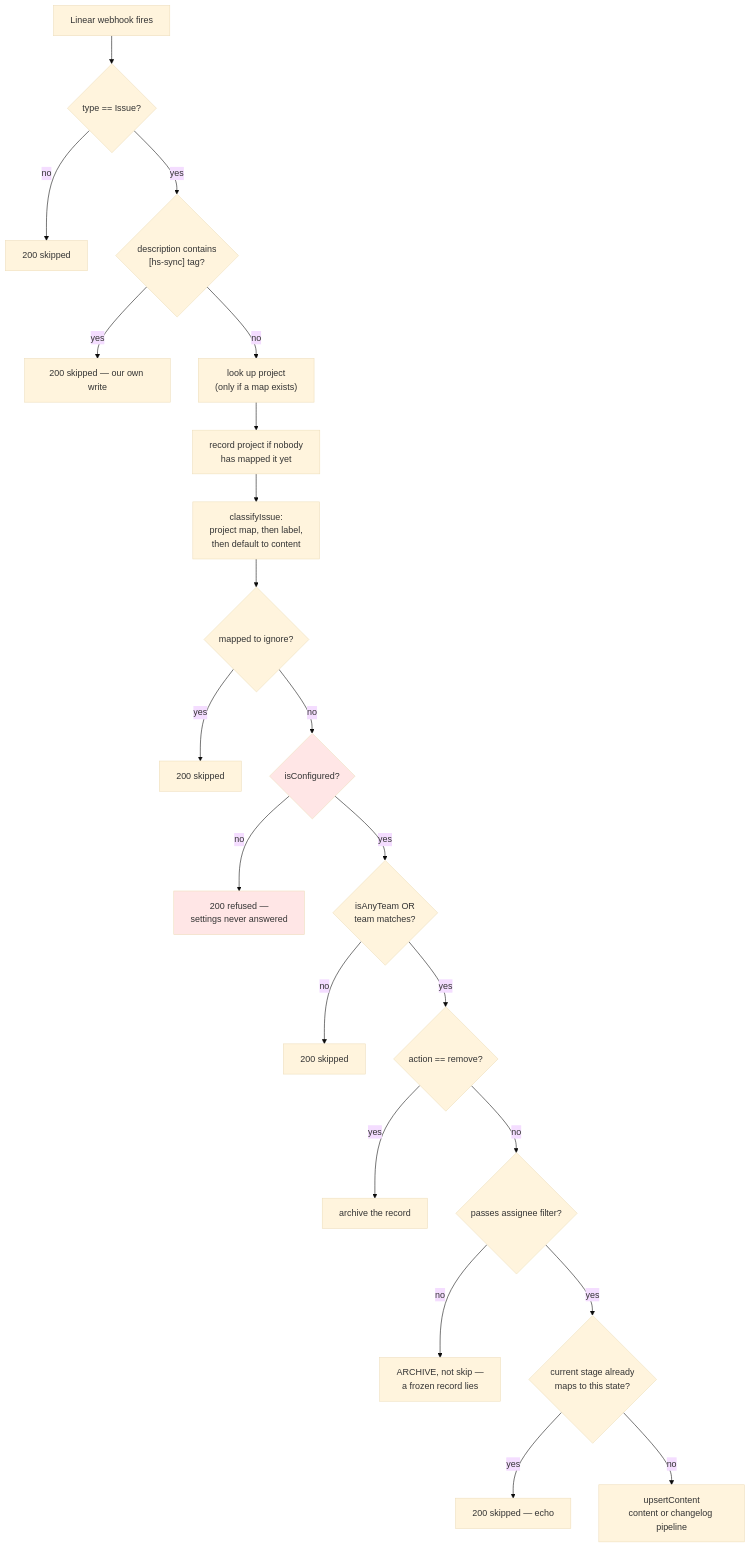
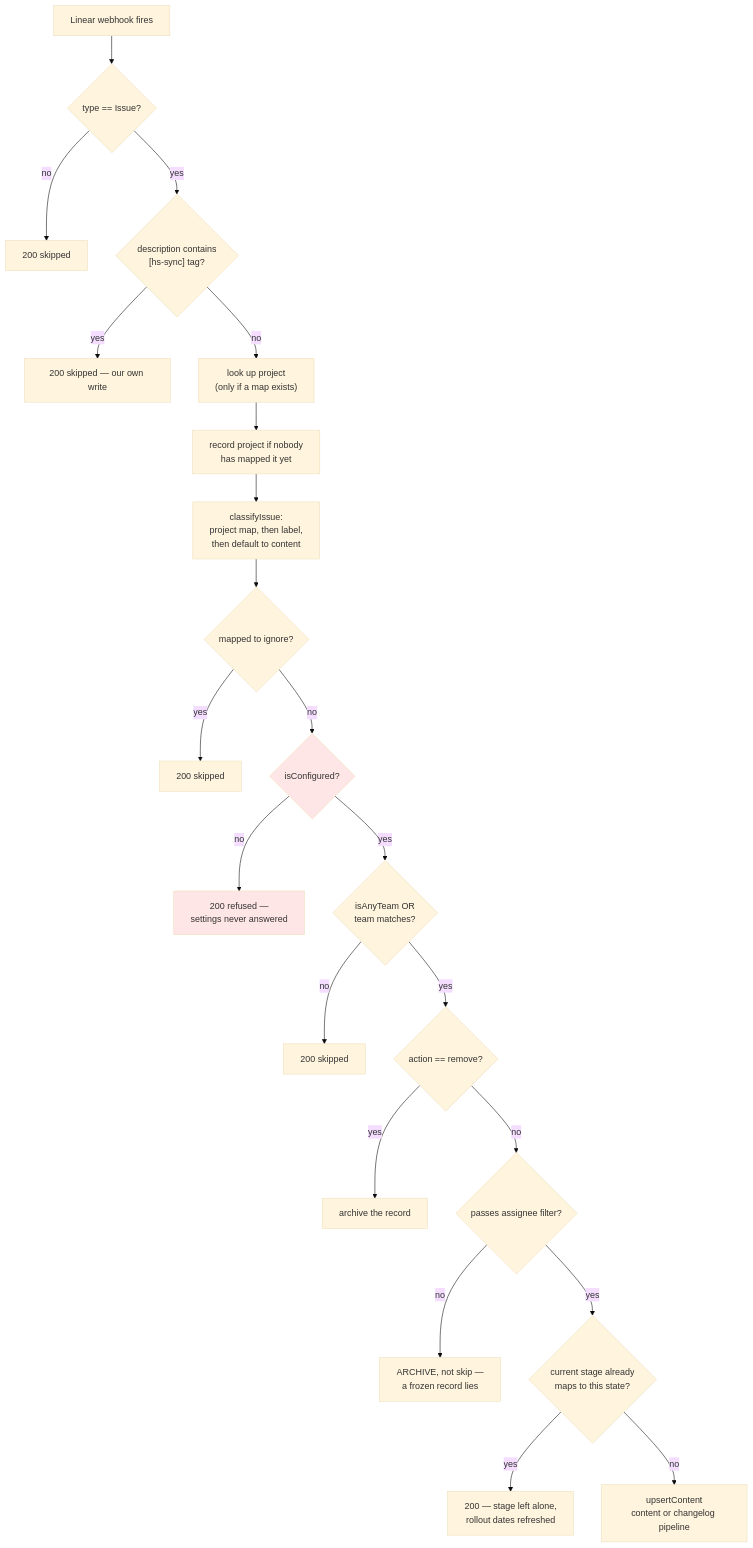
The second of 5 diagrams in docs/ARCHITECTURE.md (dennisedson/hubspot-central-brain), drawn with Mermaid (base theme) before and after one commit. The commit also changed other lines of this file and 8 other files, not shown here.

````diff
--- a/docs/ARCHITECTURE.md
+++ b/docs/ARCHITECTURE.md
@@ -57,26 +59,26 @@
 ```mermaid
 flowchart TD
     hook["Linear webhook fires"] --> type{"type == Issue?"}
     type -->|no| skip1["200 skipped"]
     type -->|yes| echo{"description contains<br/>[hs-sync] tag?"}
     echo -->|yes| skip2["200 skipped — our own write"]
     echo -->|no| proj["look up project<br/>(only if a map exists)"]
     proj --> record["record project if nobody<br/>has mapped it yet"]
     record --> classify["classifyIssue:<br/>project map, then label,<br/>then default to content"]
     classify --> ign{"mapped to ignore?"}
     ign -->|yes| skip3["200 skipped"]
     ign -->|no| conf{"isConfigured?"}
     conf -->|no| skip4["200 refused —<br/>settings never answered"]
     conf -->|yes| team{"isAnyTeam OR<br/>team matches?"}
     team -->|no| skip5["200 skipped"]
     team -->|yes| act{"action == remove?"}
     act -->|yes| arch["archive the record"]
     act -->|no| assignee{"passes assignee filter?"}
     assignee -->|no| arch2["ARCHIVE, not skip —<br/>a frozen record lies"]
     assignee -->|yes| stage{"current stage already<br/>maps to this state?"}
-    stage -->|yes| skip6["200 skipped — echo"]
+    stage -->|yes| skip6["200 — stage left alone,<br/>rollout dates refreshed"]
     stage -->|no| up["upsertContent<br/>content or changelog pipeline"]
 
     style conf fill:#ffe6e6
     style skip4 fill:#ffe6e6
 ```
````
